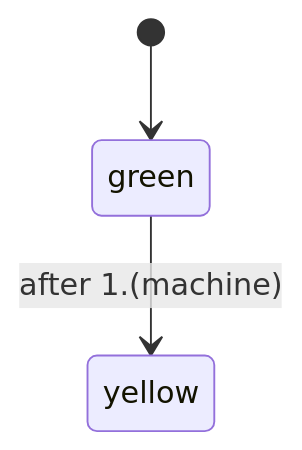
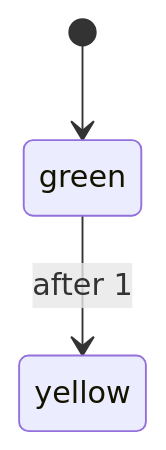
The diagram in src/__snapshots__/after_002.mermaid (emmby/xstate-diagram), drawn with Mermaid before and after one commit. The commit also changed 2 other files, not shown here.

```diff
--- a/src/__snapshots__/after_002.mermaid
+++ b/src/__snapshots__/after_002.mermaid
@@ -1,5 +1,5 @@
 stateDiagram-v2
   state "green" as green
   state "yellow" as yellow
   [*] --> green
-  green --> yellow : after 1.(machine)
+  green --> yellow : after 1
```
